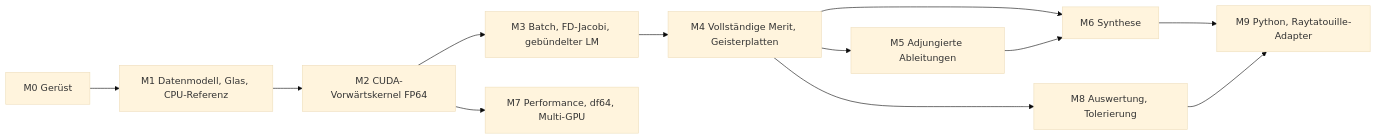
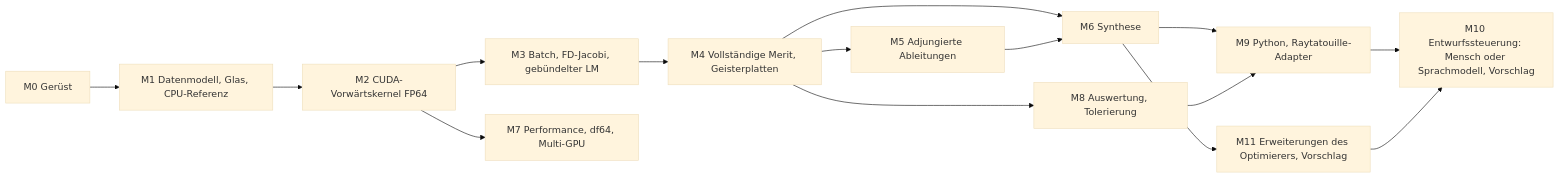
One commit to PhotonPower/Mikroptim changed the diagram in docs/plan/meilensteine.md. Above: the diagram before and after it, drawn with Mermaid (base theme). The commit also changed other lines of this file and 11 other files, not shown here.

First line of the commit message:
M10/M11, ADR-0012/0013: Entwurfssteuerung (Mensch oder Sprachmodell), Erweiterungen des Optimierers (nur Doku) (#54)

````diff
--- a/docs/plan/meilensteine.md
+++ b/docs/plan/meilensteine.md
@@ -7,14 +7,17 @@
 ```mermaid
 flowchart LR
     M0[M0 Gerüst] --> M1[M1 Datenmodell, Glas, CPU-Referenz]
     M1 --> M2[M2 CUDA-Vorwärtskernel FP64]
     M2 --> M3[M3 Batch, FD-Jacobi, gebündelter LM]
     M3 --> M4[M4 Vollständige Merit, Geisterplatten]
     M4 --> M5[M5 Adjungierte Ableitungen]
     M4 --> M6[M6 Synthese]
     M5 --> M6
     M2 --> M7[M7 Performance, df64, Multi-GPU]
     M4 --> M8[M8 Auswertung, Tolerierung]
     M6 --> M9[M9 Python, Raytatouille-Adapter]
     M8 --> M9
+    M6 --> M11[M11 Erweiterungen des Optimierers, Vorschlag]
+    M9 --> M10[M10 Entwurfssteuerung: Mensch oder Sprachmodell, Vorschlag]
+    M11 --> M10
 ```
````
